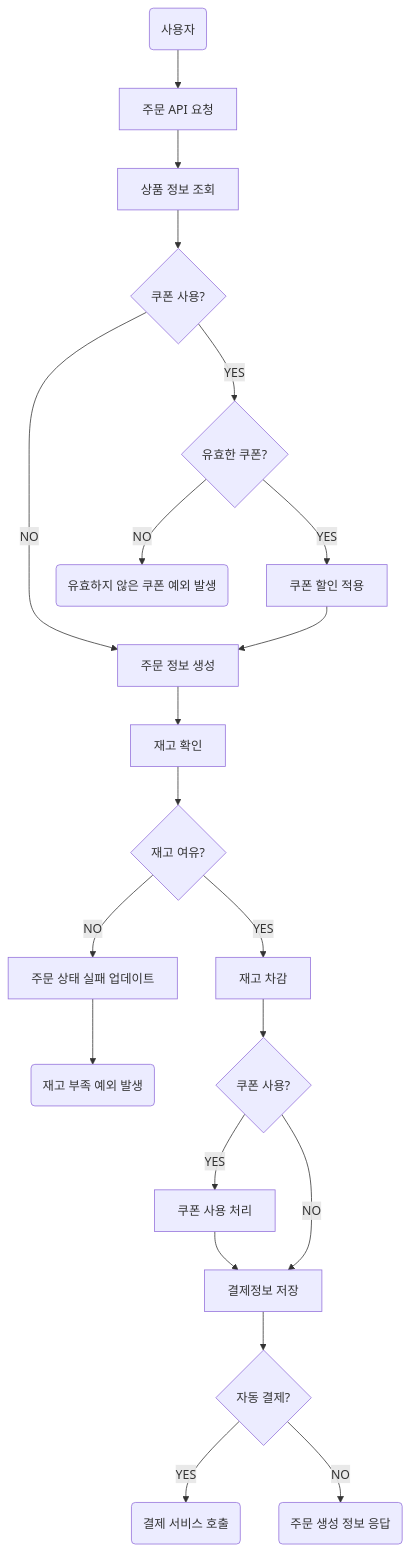
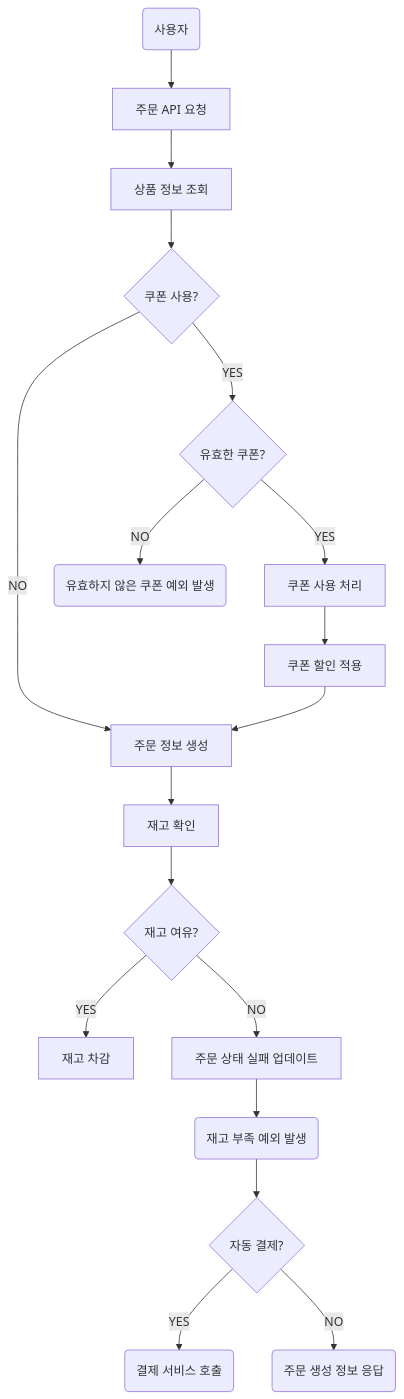
One commit to ch00kh/e-commerce-sercvice changed the fourth of 7 diagrams in docs/requirements-analysis/flowchart.md. Above: the diagram before and after it, drawn with Mermaid. The commit also changed 1 other file, not shown here.

Commit message:
docs: 쿠폰 검증 사용 시 쿠폰 사용을 같은 트랜잭션으로 처리

````diff
--- a/docs/requirements-analysis/flowchart.md
+++ b/docs/requirements-analysis/flowchart.md
@@ -52,23 +52,20 @@
 ```mermaid
 flowchart TD
   A(사용자) --> B[주문 API 요청]
   B --> C[상품 정보 조회]
   C --> D{쿠폰 사용?}
   D -- YES --> E{유효한 쿠폰?}
   D -- NO --> I[주문 정보 생성]
-  E -- YES--> G[쿠폰 할인 적용]
+  E -- YES--> G[쿠폰 사용 처리]
+  G --> Z[쿠폰 할인 적용]
   E -- NO --> H(유효하지 않은 쿠폰 예외 발생)
-  G --> I
+  Z --> I
   I --> J[재고 확인]
   J --> K{재고 여유?}
   K -- YES --> L[재고 차감]
   K -- NO --> M[주문 상태 실패 업데이트]
   M --> R(재고 부족 예외 발생)
-  L --> N{쿠폰 사용?}
-  N -- YES --> O[쿠폰 사용 처리]
-  O --> P[결제정보 저장]
-  N -- NO --> P
-  P --> Q{자동 결제?}
+  R --> Q{자동 결제?}
   Q -- YES --> T(결제 서비스 호출) 
   Q -- NO --> S(주문 생성 정보 응답)
 ```
````
